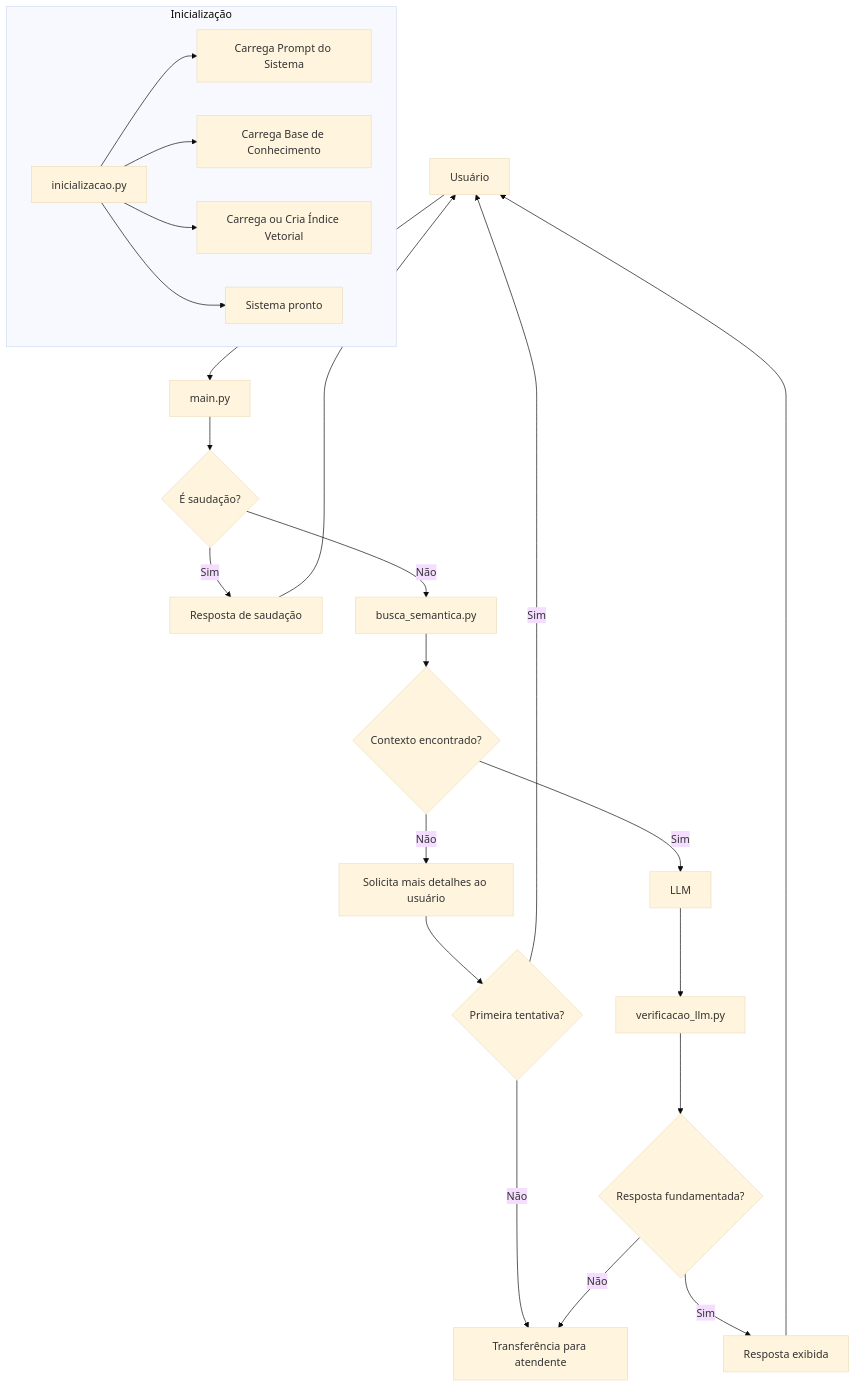
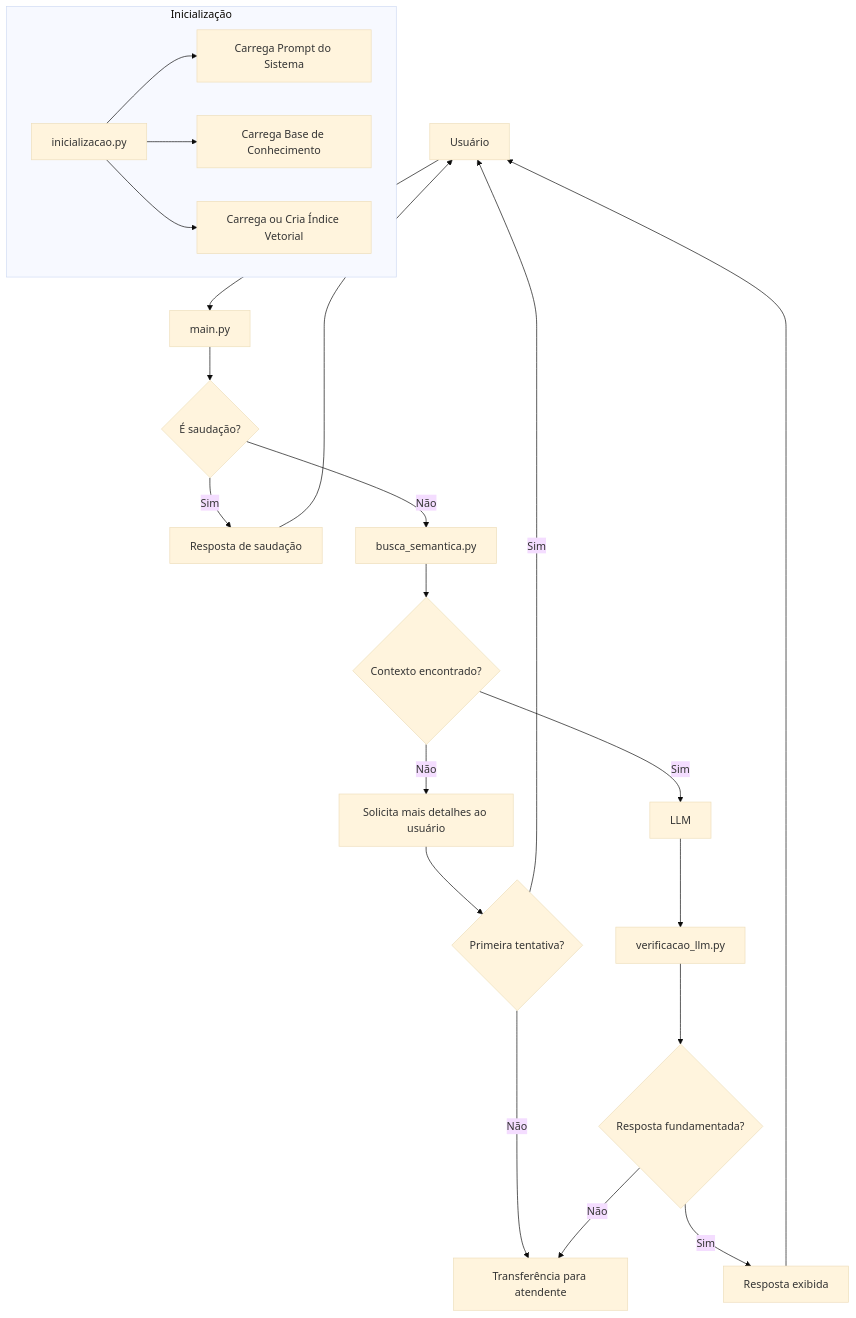
Before and after one commit to igormuccio/max-assistente: the diagram in README.md, drawn with Mermaid (base theme).

Commit message:
Ajusta diagrama de arquitetura para representar melhor a inicialização

````diff
--- a/README.md
+++ b/README.md
@@ -35,42 +35,41 @@
 ```mermaid
 flowchart TD
 
     %% Inicialização
     subgraph Inicialização
         A[inicializacao.py]
         A --> B[Carrega Prompt do Sistema]
         A --> C[Carrega Base de Conhecimento]
         A --> D[Carrega ou Cria Índice Vetorial]
-        A --> E[Sistema pronto]
     end
 
     %% Fluxo principal
     U[Usuário] --> M[main.py]
 
     M --> S{É saudação?}
 
     S -- Sim --> G[Resposta de saudação]
     G --> U
 
     S -- Não --> R[busca_semantica.py]
 
     R --> T{Contexto encontrado?}
 
     T -- Não --> V[Solicita mais detalhes ao usuário]
 
     V --> F{Primeira tentativa?}
 
     F -- Sim --> U
     F -- Não --> X[Transferência para atendente]
 
     T -- Sim --> L[LLM]
 
     L --> W[verificacao_llm.py]
 
     W --> Y{Resposta fundamentada?}
 
     Y -- Sim --> Z[Resposta exibida]
     Z --> U
 
     Y -- Não --> X
 ```
````
